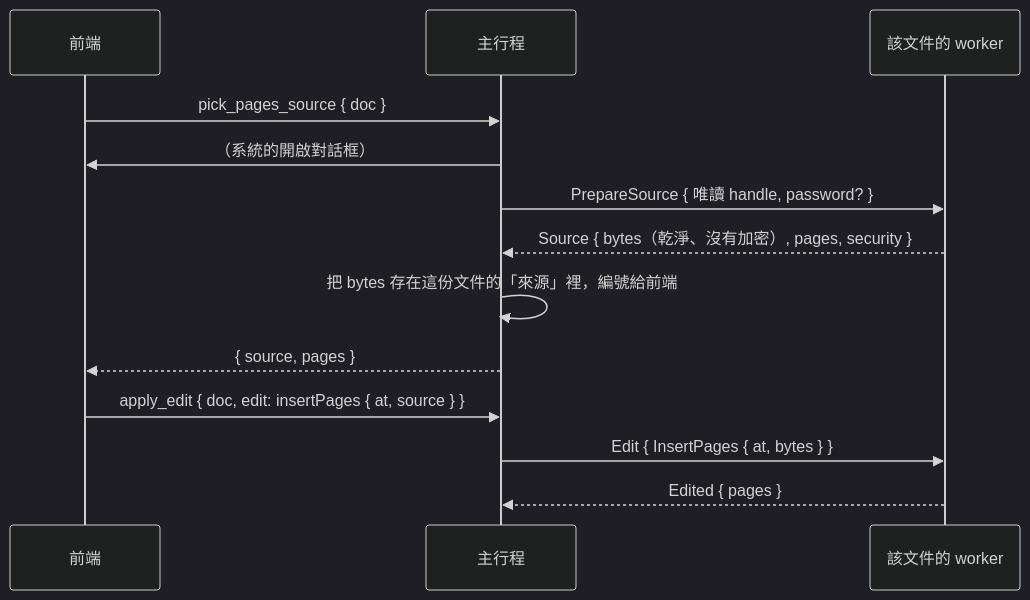
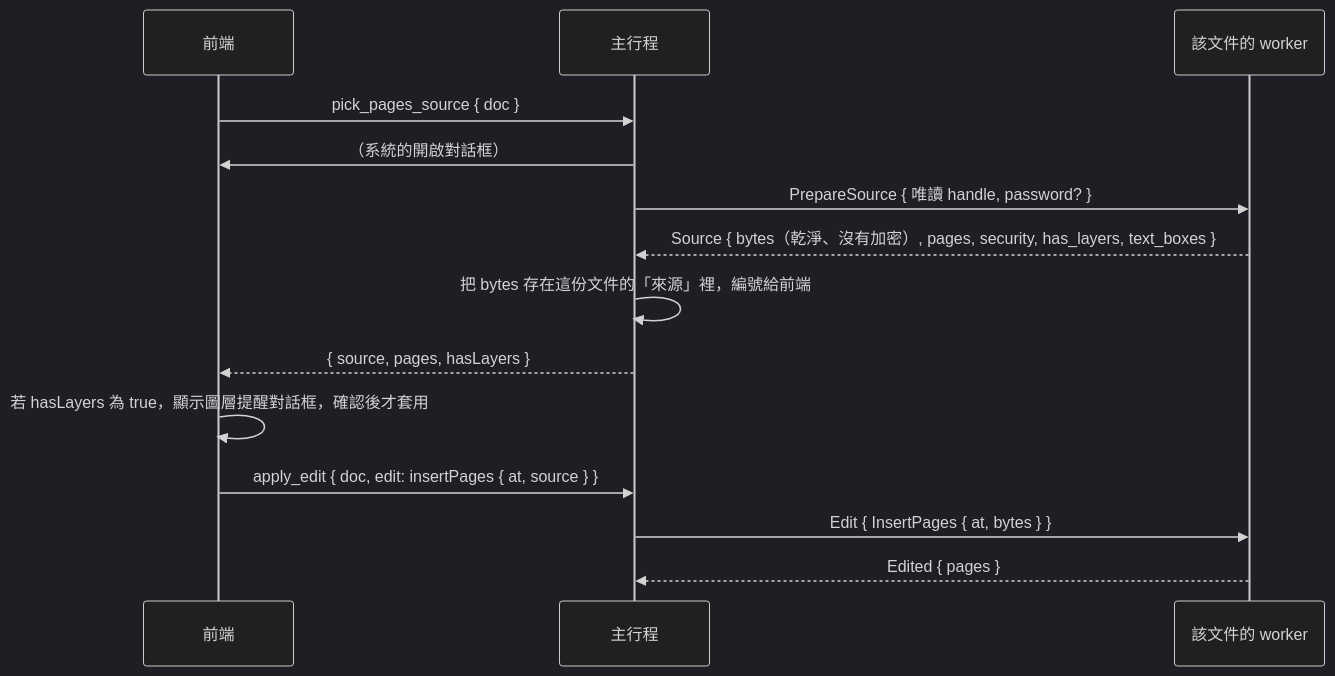
One commit to winner0988/Pdf-reader changed the diagram in docs/architecture/merge.md. Above: the diagram before and after it, drawn with Mermaid (dark theme). The commit also changed other lines of this file and 27 other files, not shown here.

````diff
--- a/docs/architecture/merge.md
+++ b/docs/architecture/merge.md
@@ -11,15 +11,16 @@
 ```mermaid
 sequenceDiagram
   participant UI as 前端
   participant M as 主行程
   participant W as 該文件的 worker
   UI->>M: pick_pages_source { doc }
   M->>UI: （系統的開啟對話框）
   M->>W: PrepareSource { 唯讀 handle, password? }
-  W-->>M: Source { bytes（乾淨、沒有加密）, pages, security }
+  W-->>M: Source { bytes（乾淨、沒有加密）, pages, security, has_layers, text_boxes }
   M->>M: 把 bytes 存在這份文件的「來源」裡，編號給前端
-  M-->>UI: { source, pages }
+  M-->>UI: { source, pages, hasLayers }
+  UI->>UI: 若 hasLayers 為 true，顯示圖層提醒對話框，確認後才套用
   UI->>M: apply_edit { doc, edit: insertPages { at, source } }
   M->>W: Edit { InsertPages { at, bytes } }
   W-->>M: Edited { pages }
 ```
````
